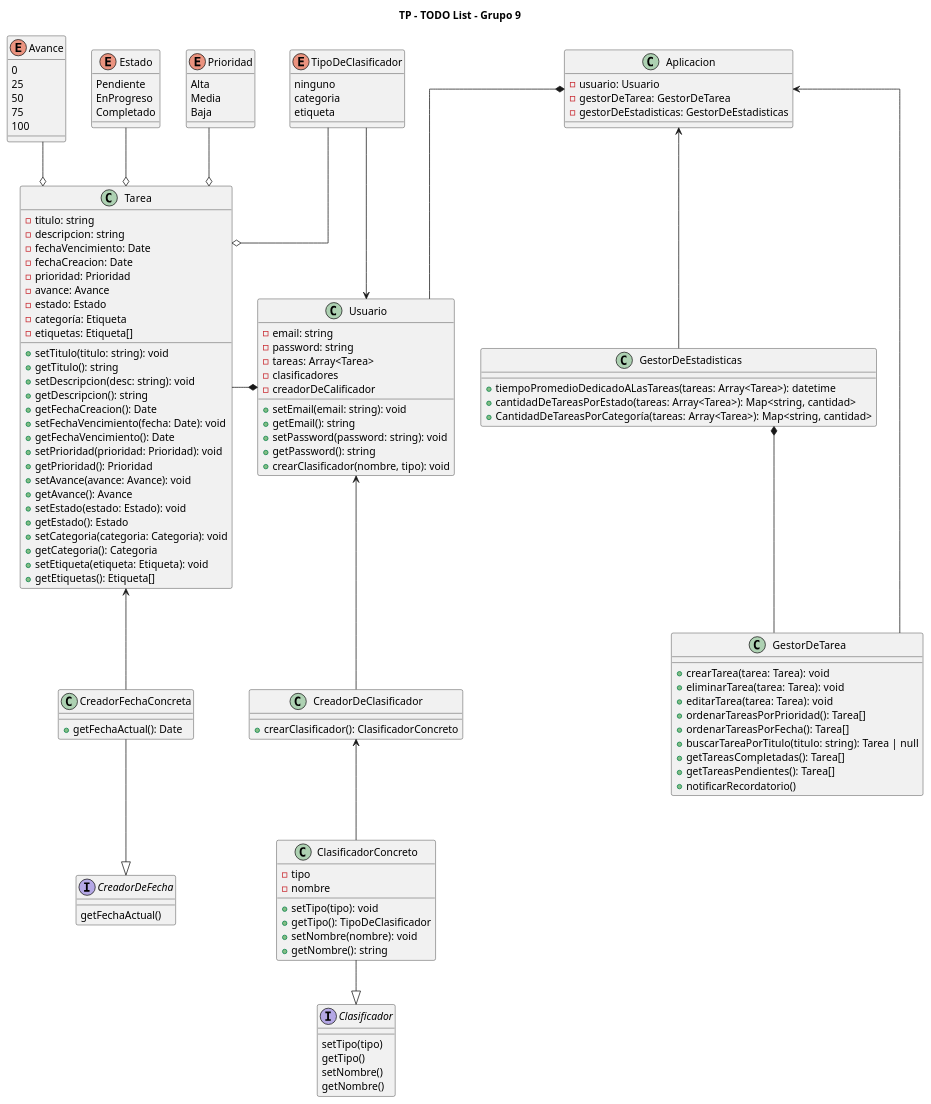
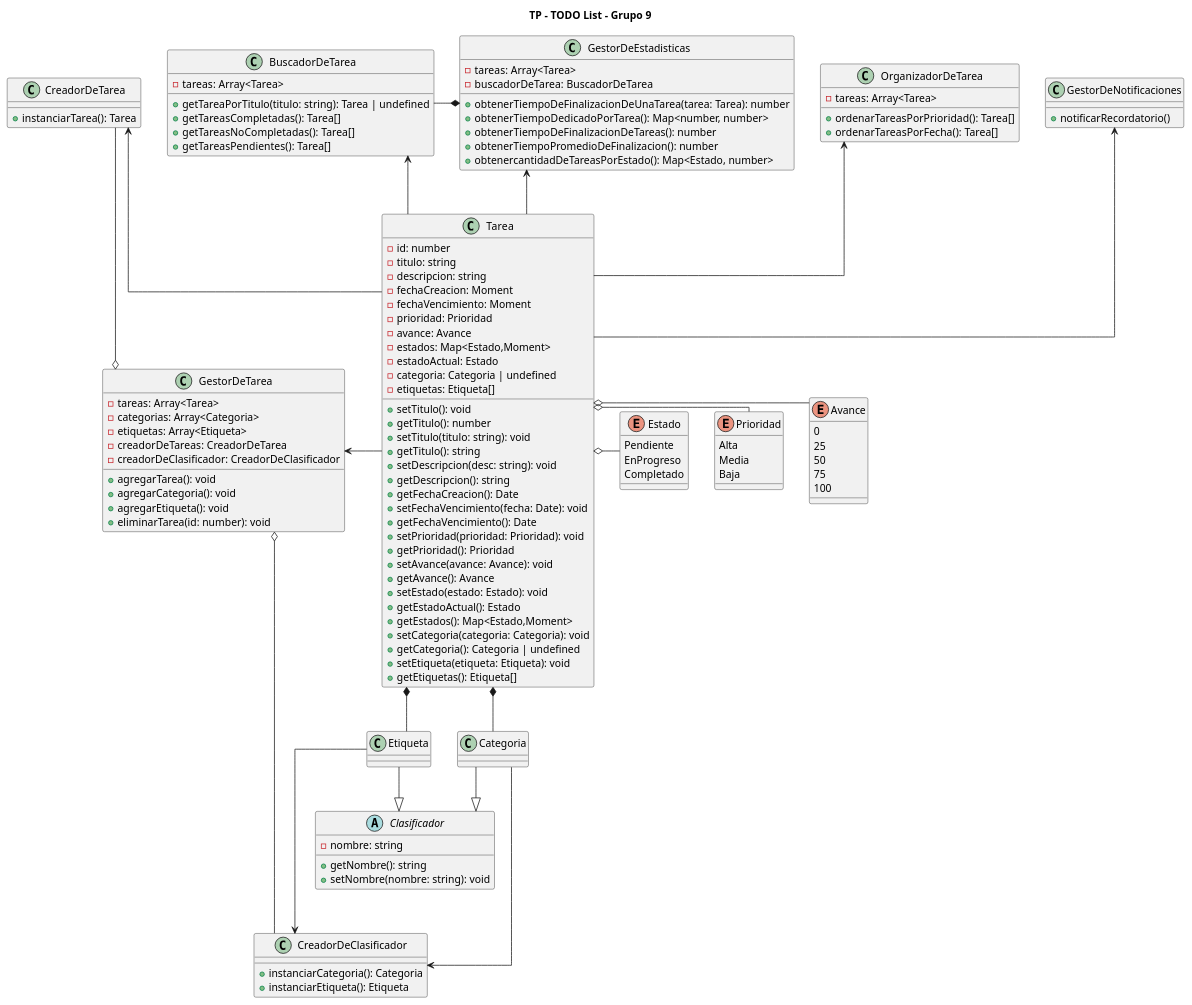
Before and after one commit to FrancisLuna/ToDo-POO-Grupo-9: the diagram in Diagrama/diagrama.puml, drawn with PlantUML. The commit also changed 14 other files, not shown here.

Commit message:
changes: diagrama actualizado, se agregan métodos de edición de tarea a la clase GestorDeTarea

```diff
--- a/Diagrama/diagrama.puml
+++ b/Diagrama/diagrama.puml
@@ -1,143 +1,143 @@
 @startuml ToDoList
 
 title TP - TODO List - Grupo 9
 skinparam lineType ortho
 
-class Aplicacion{
-    - usuario: Usuario
-    - gestorDeTarea: GestorDeTarea
-    - gestorDeEstadisticas: GestorDeEstadisticas
-}
-
-class GestorDeEstadisticas{
-    + tiempoPromedioDedicadoALasTareas(tareas: Array<Tarea>): datetime
-    + cantidadDeTareasPorEstado(tareas: Array<Tarea>): Map<string, cantidad>
-    + CantidadDeTareasPorCategoría(tareas: Array<Tarea>): Map<string, cantidad>
-}
-
-class Usuario{
-    - email: string
-    - password: string
-    - tareas: Array<Tarea>
-    - clasificadores
-    - creadorDeCalificador
-
-    + setEmail(email: string): void
-    + getEmail(): string
-    + setPassword(password: string): void
-    + getPassword(): string
-    + crearClasificador(nombre, tipo): void
-}
-
-class CreadorFechaConcreta{
-    + getFechaActual(): Date
-}
-
 class Tarea{
-    - titulo: string
-    - descripcion: string
-    - fechaVencimiento: Date
-    - fechaCreacion: Date
-    - prioridad: Prioridad
-    - avance: Avance
-    - estado: Estado
-    - categoría: Etiqueta
-    - etiquetas: Etiqueta[]
+   - id: number
+   - titulo: string
+   - descripcion: string
+   - fechaCreacion: Moment
+   - fechaVencimiento: Moment
+   - prioridad: Prioridad
+   - avance: Avance
+   - estados: Map<Estado,Moment>
+   - estadoActual: Estado
+   - categoria: Categoria | undefined
+   - etiquetas: Etiqueta[]
     
+    + setTitulo(): void
+    + getTitulo(): number
     + setTitulo(titulo: string): void
     + getTitulo(): string
     + setDescripcion(desc: string): void
     + getDescripcion(): string
     + getFechaCreacion(): Date
     + setFechaVencimiento(fecha: Date): void
     + getFechaVencimiento(): Date
     + setPrioridad(prioridad: Prioridad): void
     + getPrioridad(): Prioridad
     + setAvance(avance: Avance): void
     + getAvance(): Avance
     + setEstado(estado: Estado): void
-    + getEstado(): Estado
+    + getEstadoActual(): Estado
+    + getEstados(): Map<Estado,Moment>
     + setCategoria(categoria: Categoria): void
-    + getCategoria(): Categoria
+    + getCategoria(): Categoria | undefined
     + setEtiqueta(etiqueta: Etiqueta): void
     + getEtiquetas(): Etiqueta[]
 }
 
-class ClasificadorConcreto{
-    - tipo
-    - nombre
-    + setTipo(tipo): void
-    + getTipo(): TipoDeClasificador
-    + setNombre(nombre): void
-    + getNombre(): string
+class CreadorDeTarea{
+    + instanciarTarea(): Tarea
 }
 
-class CreadorDeClasificador{
-    + crearClasificador(): ClasificadorConcreto
+class GestorDeTarea{
+    - tareas: Array<Tarea>
+    - categorias: Array<Categoria>
+    - etiquetas: Array<Etiqueta>
+    - creadorDeTareas: CreadorDeTarea
+    - creadorDeClasificador: CreadorDeClasificador
+
+    + agregarTarea(): void
+    + agregarCategoria(): void
+    + agregarEtiqueta(): void
+    + eliminarTarea(id: number): void
 }
 
-interface Clasificador{
-    setTipo(tipo)
-    getTipo()
-    setNombre()
-    getNombre()
+class BuscadorDeTarea{
+    - tareas: Array<Tarea>
+
+    + getTareaPorTitulo(titulo: string): Tarea | undefined
+    + getTareasCompletadas(): Tarea[]
+    + getTareasNoCompletadas(): Tarea[]
+    + getTareasPendientes(): Tarea[]
 }
 
-interface CreadorDeFecha{
-    getFechaActual()    
+class OrganizadorDeTarea{
+    - tareas: Array<Tarea>
+
+    + ordenarTareasPorPrioridad(): Tarea[]
+    + ordenarTareasPorFecha(): Tarea[]
+}
+
+class GestorDeEstadisticas{
+    - tareas: Array<Tarea>
+    - buscadorDeTarea: BuscadorDeTarea
+
+    + obtenerTiempoDeFinalizacionDeUnaTarea(tarea: Tarea): number
+    + obtenerTiempoDedicadoPorTarea(): Map<number, number>
+    + obtenerTiempoDeFinalizacionDeTareas(): number
+    + obtenerTiempoPromedioDeFinalizacion(): number
+    + obtenercantidadDeTareasPorEstado(): Map<Estado, number>
+}
+
+class GestorDeNotificaciones{
+    + notificarRecordatorio()
+}
+
+abstract class Clasificador{
+    - nombre: string
+
+    + getNombre(): string
+    + setNombre(nombre: string): void
+}
+
+class Categoria {}
+class Etiqueta {}
+
+class CreadorDeClasificador{
+    + instanciarCategoria(): Categoria
+    + instanciarEtiqueta(): Etiqueta
 }
 
 ENUM Estado{
     Pendiente
     EnProgreso
     Completado
 }
 
 ENUM Avance{
     0
     25
     50
     75
     100
 }
 
 ENUM Prioridad{
     Alta
     Media
     Baja
 }
 
-ENUM TipoDeClasificador{
-    ninguno
-    categoria
-    etiqueta
-}
-
-class GestorDeTarea{
-    + crearTarea(tarea: Tarea): void
-    + eliminarTarea(tarea: Tarea): void
-    + editarTarea(tarea: Tarea): void
-    + ordenarTareasPorPrioridad(): Tarea[]
-    + ordenarTareasPorFecha(): Tarea[]
-    + buscarTareaPorTitulo(titulo: string): Tarea | null
-    + getTareasCompletadas(): Tarea[]
-    + getTareasPendientes(): Tarea[]
-    + notificarRecordatorio()
-}
-
-Aplicacion *-- Usuario
-Aplicacion <-- GestorDeTarea
-Aplicacion <-- GestorDeEstadisticas
-GestorDeEstadisticas *-- GestorDeTarea
-Tarea -right-* Usuario
-Tarea o-up- Prioridad
-Tarea o-up- Estado
-Tarea o-up- Avance
-Tarea o-up- TipoDeClasificador
-Tarea <-- CreadorFechaConcreta
-Usuario <-- TipoDeClasificador
-ClasificadorConcreto --|> Clasificador
-CreadorDeClasificador <-- ClasificadorConcreto
-Usuario <-- CreadorDeClasificador
-CreadorFechaConcreta --|> CreadorDeFecha
+GestorDeEstadisticas <-- Tarea
+GestorDeNotificaciones <-- Tarea
+OrganizadorDeTarea <-- Tarea
+BuscadorDeTarea <-- Tarea
+CreadorDeTarea <-- Tarea
+GestorDeTarea <-right- Tarea
+GestorDeTarea o-up-CreadorDeTarea
+GestorDeTarea o-- CreadorDeClasificador
+Tarea *-- Categoria
+Tarea *-- Etiqueta
+Categoria --|> Clasificador
+Etiqueta --|> Clasificador
+Categoria --> CreadorDeClasificador
+Etiqueta --> CreadorDeClasificador
+Clasificador -[hidden]- CreadorDeClasificador
+Tarea o-right- Estado
+Tarea o-right- Avance
+Tarea o-right- Prioridad
+GestorDeEstadisticas *-left- BuscadorDeTarea
 @enduml
```
